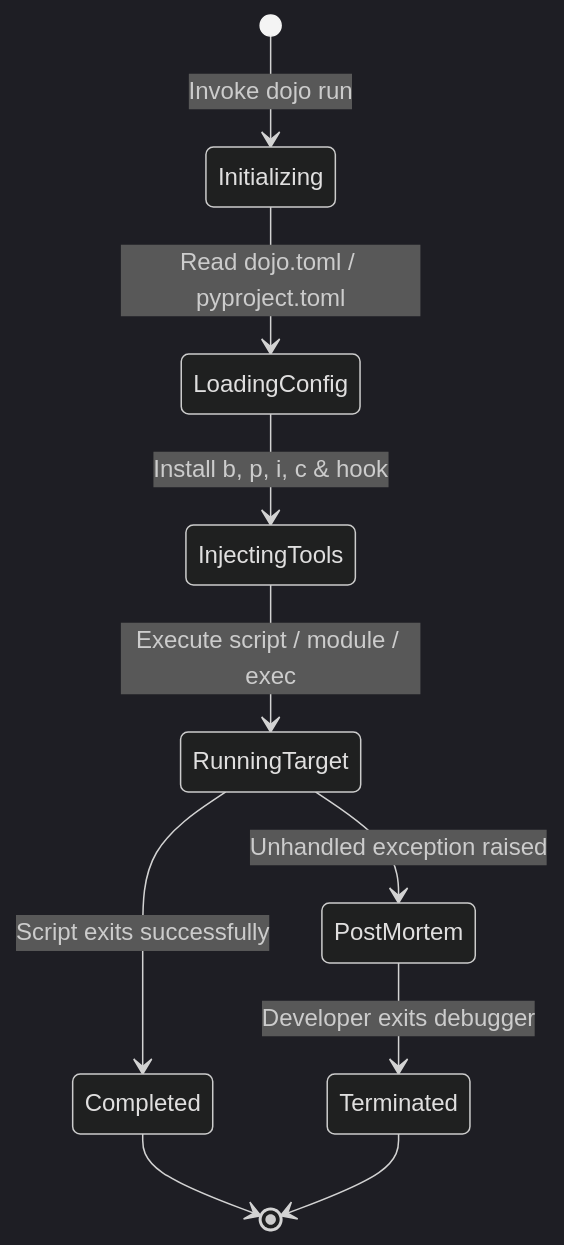
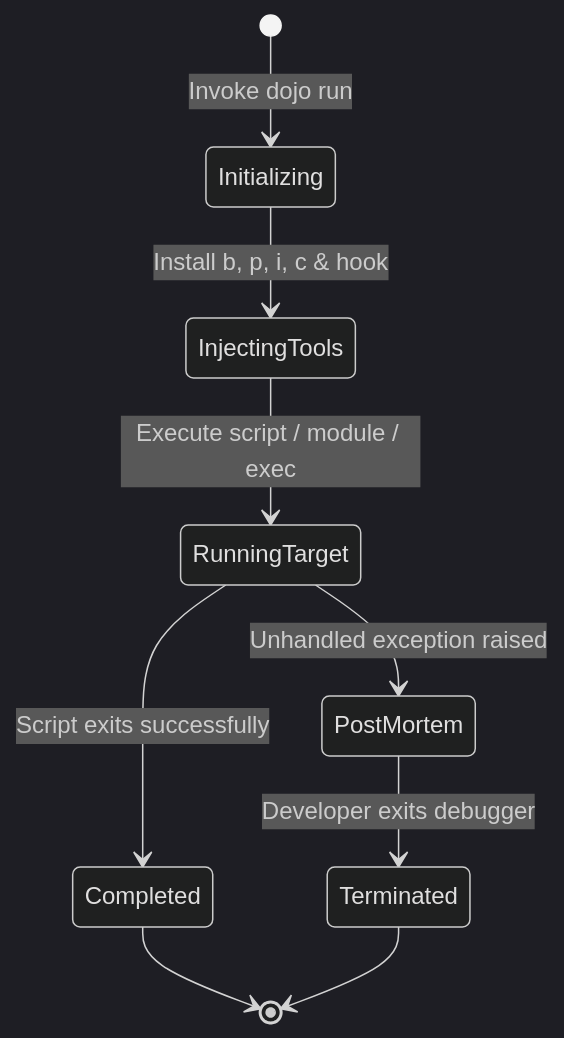
The third of 3 diagrams in docs/getting-started.md (bwrob/debug-dojo), drawn with Mermaid (dark theme) before and after one commit. The commit also changed other lines of this file and 28 other files, not shown here.

First line of the commit message:
refactor: make debug-dojo opinionated, zero-config, and debugger-agnostic (#145)

````diff
--- a/docs/getting-started.md
+++ b/docs/getting-started.md
@@ -191,12 +186,11 @@
 ```mermaid
 stateDiagram-v2
     [*] --> Initializing: Invoke dojo run
-    Initializing --> LoadingConfig: Read dojo.toml / pyproject.toml
-    LoadingConfig --> InjectingTools: Install b, p, i, c & hook
+    Initializing --> InjectingTools: Install b, p, i, c & hook
     InjectingTools --> RunningTarget: Execute script / module / exec
     RunningTarget --> Completed: Script exits successfully
     RunningTarget --> PostMortem: Unhandled exception raised
     PostMortem --> Terminated: Developer exits debugger
     Completed --> [*]
     Terminated --> [*]
 ```
````
